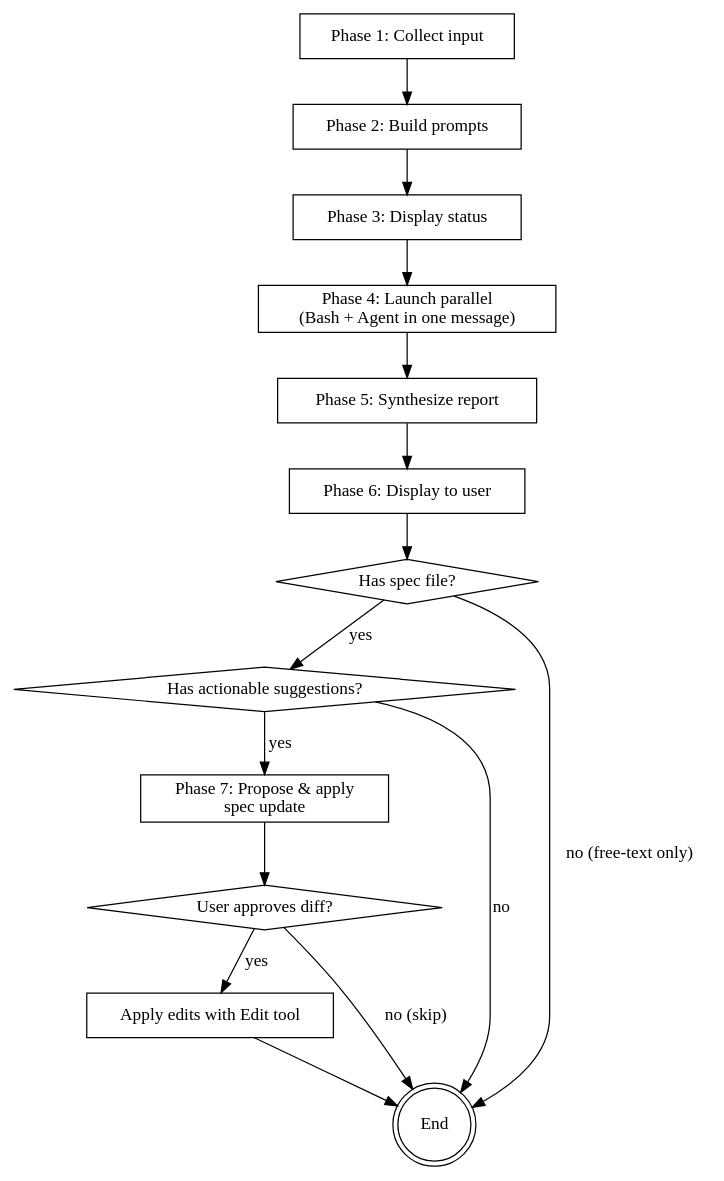
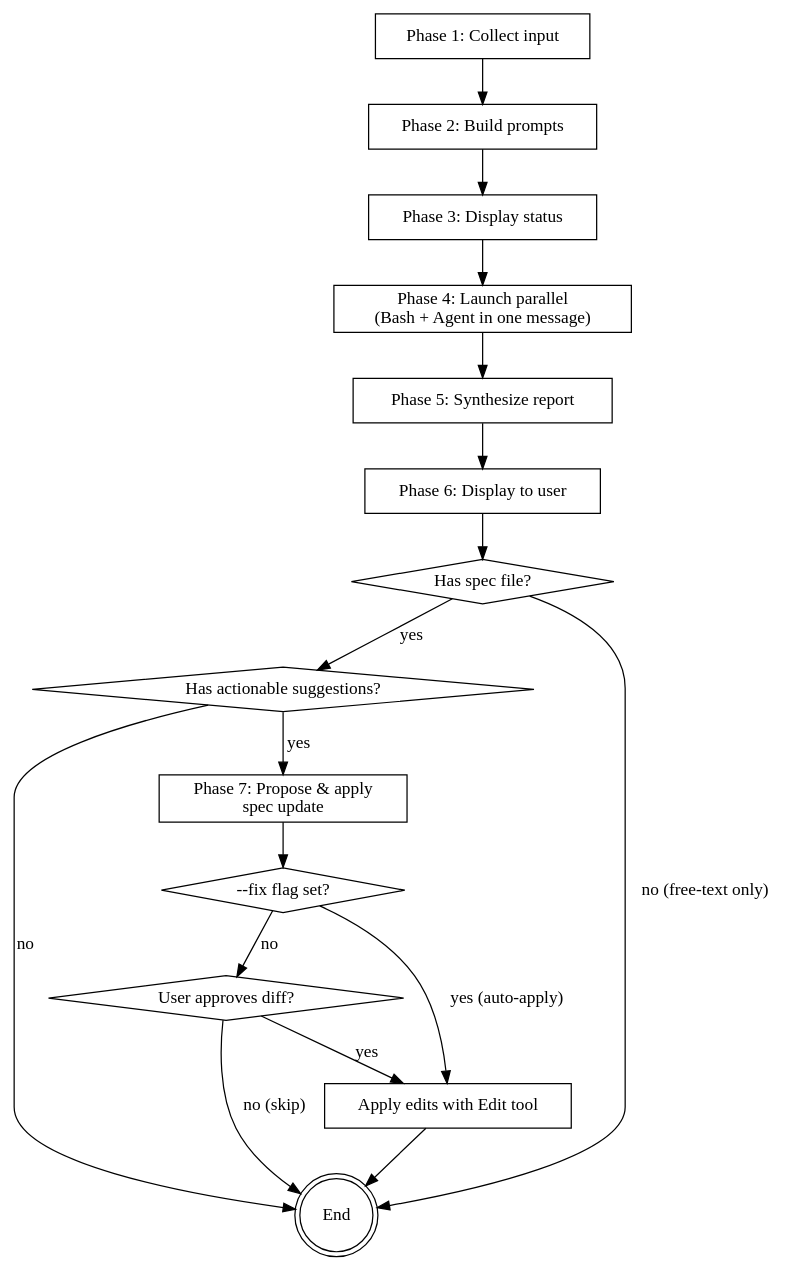
One commit to not-elm/forte changed the diagram in skills/spec-review/SKILL.md. Above: the diagram before and after it, drawn with Graphviz. The commit also changed other lines of this file and 1 other file, not shown here.

First line of the commit message:
feat(spec-review): add --fix flag to auto-apply spec updates

````diff
--- a/skills/spec-review/SKILL.md
+++ b/skills/spec-review/SKILL.md
@@ -45,32 +47,35 @@
 ```dot
 digraph spec_review {
     rankdir=TB;
     "Phase 1: Collect input" [shape=box];
     "Phase 2: Build prompts" [shape=box];
     "Phase 3: Display status" [shape=box];
     "Phase 4: Launch parallel\n(Bash + Agent in one message)" [shape=box];
     "Phase 5: Synthesize report" [shape=box];
     "Phase 6: Display to user" [shape=box];
     "Phase 7: Propose & apply\nspec update" [shape=box];
     "Has spec file?" [shape=diamond];
     "Has actionable suggestions?" [shape=diamond];
+    "--fix flag set?" [shape=diamond];
     "User approves diff?" [shape=diamond];
     "Apply edits with Edit tool" [shape=box];
     "End" [shape=doublecircle];
 
     "Phase 1: Collect input" -> "Phase 2: Build prompts";
     "Phase 2: Build prompts" -> "Phase 3: Display status";
     "Phase 3: Display status" -> "Phase 4: Launch parallel\n(Bash + Agent in one message)";
     "Phase 4: Launch parallel\n(Bash + Agent in one message)" -> "Phase 5: Synthesize report";
     "Phase 5: Synthesize report" -> "Phase 6: Display to user";
     "Phase 6: Display to user" -> "Has spec file?";
     "Has spec file?" -> "Has actionable suggestions?" [label="yes"];
     "Has spec file?" -> "End" [label="no (free-text only)"];
     "Has actionable suggestions?" -> "Phase 7: Propose & apply\nspec update" [label="yes"];
     "Has actionable suggestions?" -> "End" [label="no"];
-    "Phase 7: Propose & apply\nspec update" -> "User approves diff?";
+    "Phase 7: Propose & apply\nspec update" -> "--fix flag set?";
+    "--fix flag set?" -> "Apply edits with Edit tool" [label="yes (auto-apply)"];
+    "--fix flag set?" -> "User approves diff?" [label="no"];
     "User approves diff?" -> "Apply edits with Edit tool" [label="yes"];
     "User approves diff?" -> "End" [label="no (skip)"];
     "Apply edits with Edit tool" -> "End";
 }
 ```
````
